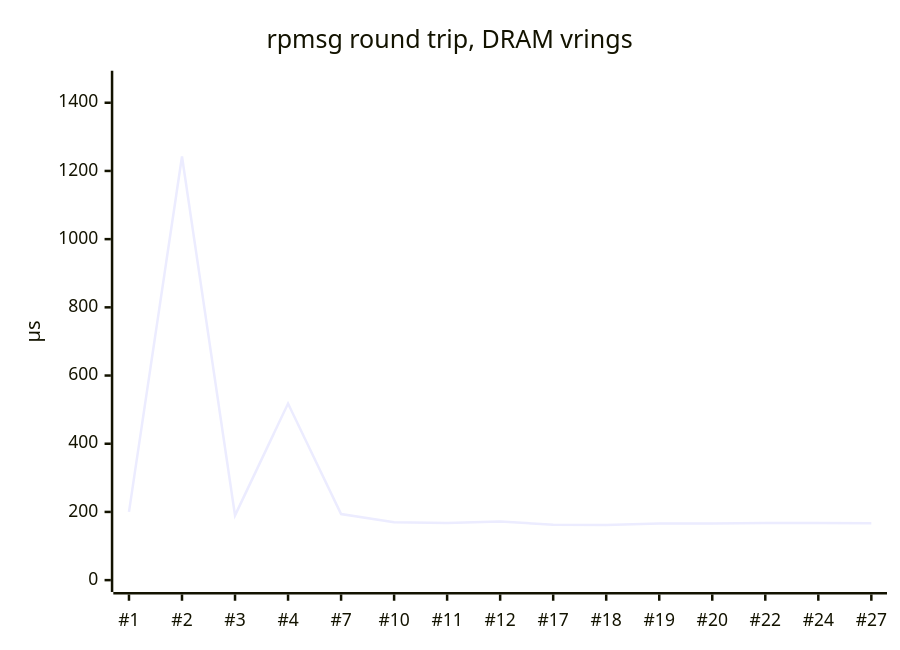
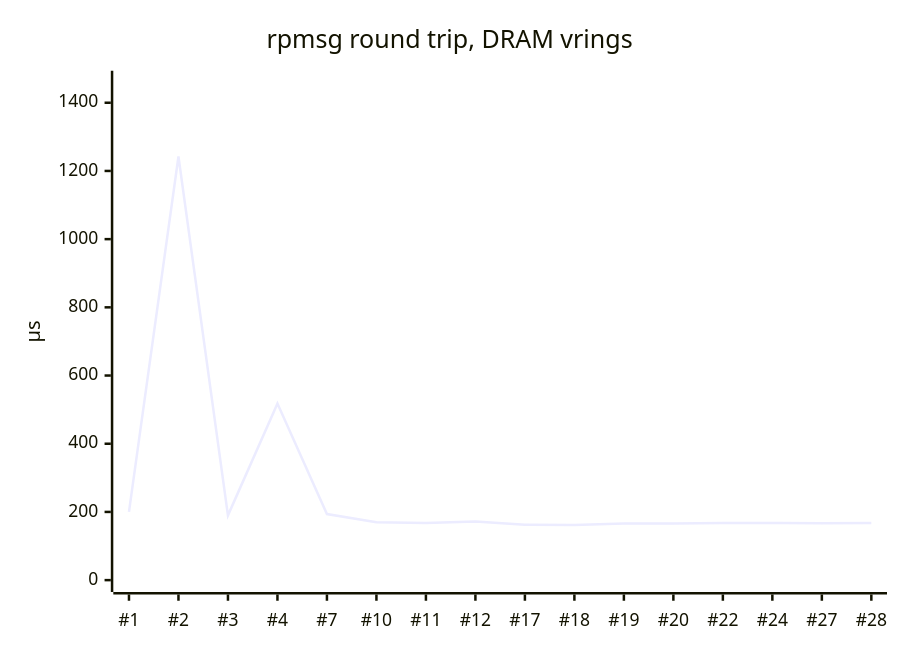
One commit to tcmichals/cubie-a5e changed the first of 4 diagrams in wiki/Full-Sweep-Tests.md. Above: the diagram before and after it, drawn with Mermaid. The commit also changed other lines of this file and 5 other files, not shown here.

````diff
--- a/wiki/Full-Sweep-Tests.md
+++ b/wiki/Full-Sweep-Tests.md
@@ -50,7 +50,7 @@
 ```mermaid
 xychart-beta
     title "rpmsg round trip, DRAM vrings"
-    x-axis ["#1", "#2", "#3", "#4", "#7", "#10", "#11", "#12", "#17", "#18", "#19", "#20", "#22", "#24", "#27"]
+    x-axis ["#1", "#2", "#3", "#4", "#7", "#10", "#11", "#12", "#17", "#18", "#19", "#20", "#22", "#24", "#27", "#28"]
     y-axis "µs" 0 --> 1459
-    line [200.2, 1242.4, 189.9, 517.8, 193.9, 169.7, 167.2, 172.0, 162.7, 161.8, 165.9, 166.1, 167.5, 167.8, 166.8]
+    line [200.2, 1242.4, 189.9, 517.8, 193.9, 169.7, 167.2, 172.0, 162.7, 161.8, 165.9, 166.1, 167.5, 167.8, 166.8, 167.4]
 ```
````
